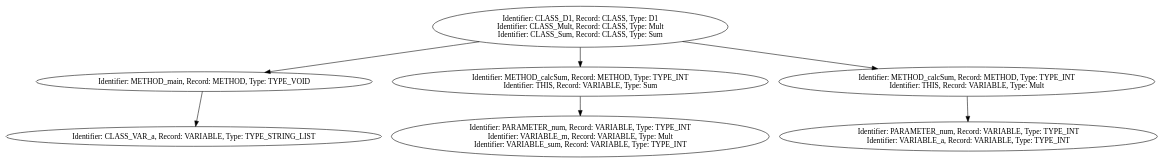
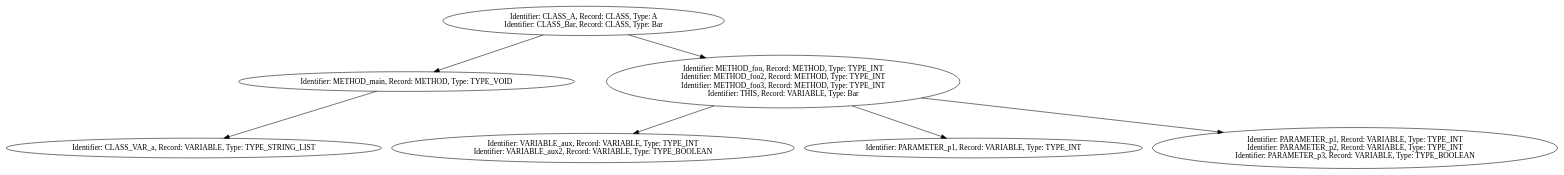
The diagram in getting_started/table.dot (RealNexa/DV1655-compiler), drawn with Graphviz before and after one commit. The commit also changed 7 other files, not shown here.

```diff
--- a/getting_started/table.dot
+++ b/getting_started/table.dot
@@ -1,15 +1,15 @@
 digraph {
-n0 [label="Identifier: CLASS_D1, Record: CLASS, Type: D1\nIdentifier: CLASS_Mult, Record: CLASS, Type: Mult\nIdentifier: CLASS_Sum, Record: CLASS, Type: Sum\n"];
+n0 [label="Identifier: CLASS_A, Record: CLASS, Type: A\nIdentifier: CLASS_Bar, Record: CLASS, Type: Bar\n"];
 n1 [label="Identifier: METHOD_main, Record: METHOD, Type: TYPE_VOID\n"];
 n2 [label="Identifier: CLASS_VAR_a, Record: VARIABLE, Type: TYPE_STRING_LIST\n"];
 n1 -> n2
 n0 -> n1
-n3 [label="Identifier: METHOD_calcSum, Record: METHOD, Type: TYPE_INT\nIdentifier: THIS, Record: VARIABLE, Type: Sum\n"];
-n4 [label="Identifier: PARAMETER_num, Record: VARIABLE, Type: TYPE_INT\nIdentifier: VARIABLE_m, Record: VARIABLE, Type: Mult\nIdentifier: VARIABLE_sum, Record: VARIABLE, Type: TYPE_INT\n"];
+n3 [label="Identifier: METHOD_foo, Record: METHOD, Type: TYPE_INT\nIdentifier: METHOD_foo2, Record: METHOD, Type: TYPE_INT\nIdentifier: METHOD_foo3, Record: METHOD, Type: TYPE_INT\nIdentifier: THIS, Record: VARIABLE, Type: Bar\n"];
+n4 [label="Identifier: VARIABLE_aux, Record: VARIABLE, Type: TYPE_INT\nIdentifier: VARIABLE_aux2, Record: VARIABLE, Type: TYPE_BOOLEAN\n"];
 n3 -> n4
+n5 [label="Identifier: PARAMETER_p1, Record: VARIABLE, Type: TYPE_INT\n"];
+n3 -> n5
+n6 [label="Identifier: PARAMETER_p1, Record: VARIABLE, Type: TYPE_INT\nIdentifier: PARAMETER_p2, Record: VARIABLE, Type: TYPE_INT\nIdentifier: PARAMETER_p3, Record: VARIABLE, Type: TYPE_BOOLEAN\n"];
+n3 -> n6
 n0 -> n3
-n5 [label="Identifier: METHOD_calcSum, Record: METHOD, Type: TYPE_INT\nIdentifier: THIS, Record: VARIABLE, Type: Mult\n"];
-n6 [label="Identifier: PARAMETER_num, Record: VARIABLE, Type: TYPE_INT\nIdentifier: VARIABLE_a, Record: VARIABLE, Type: TYPE_INT\n"];
-n5 -> n6
-n0 -> n5
 }
```
